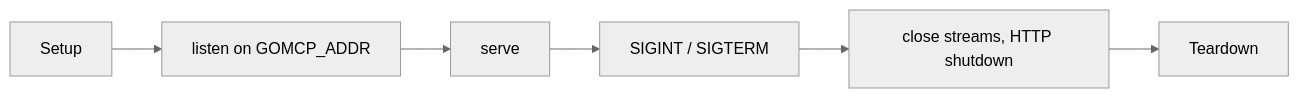
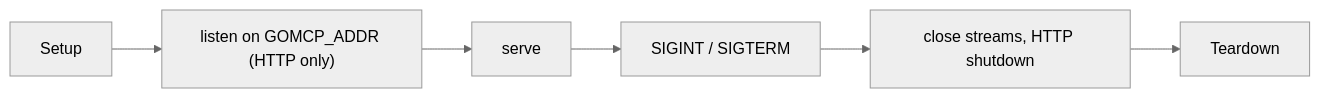
One commit to StevenCyb/GoMCP changed the fifth of 19 diagrams in README.md. Above: the diagram before and after it, drawn with Mermaid (neutral theme). The commit also changed other lines of this file and 20 other files, not shown here.

````diff
--- a/README.md
+++ b/README.md
@@ -334,4 +344,4 @@
 ```mermaid
 flowchart LR
-    S1["Setup"] --> S2["listen on GOMCP_ADDR"] --> S3["serve"] --> S4["SIGINT / SIGTERM"] --> S5["close streams, HTTP shutdown"] --> S6["Teardown"]
+    S1["Setup"] --> S2["listen on GOMCP_ADDR (HTTP only)"] --> S3["serve"] --> S4["SIGINT / SIGTERM"] --> S5["close streams, HTTP shutdown"] --> S6["Teardown"]
 ```
````
